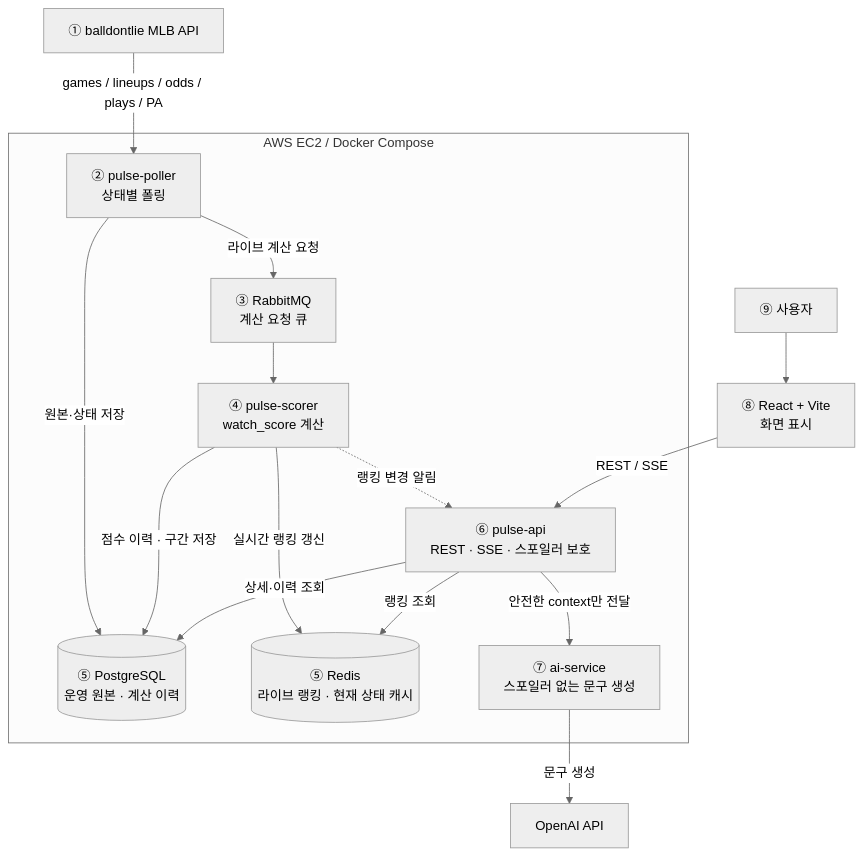
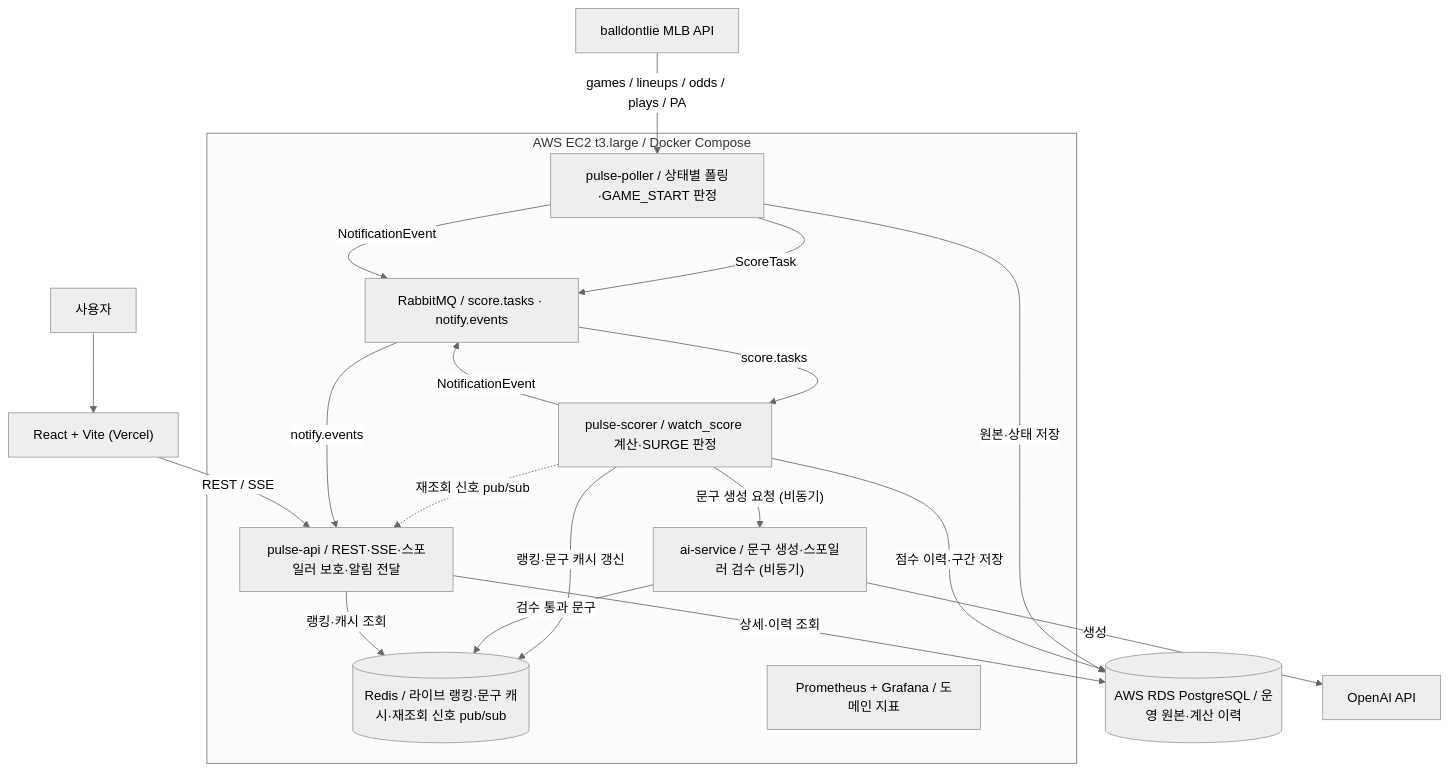
One commit to team-pulse-mlb/pulse-project changed the first of 5 diagrams in docs/ARCHITECTURE_AND_DATA_FLOW.md. Above: the diagram before and after it, drawn with Mermaid (neutral theme). The commit also changed other lines of this file and 11 other files, not shown here.

````diff
--- a/docs/ARCHITECTURE_AND_DATA_FLOW.md
+++ b/docs/ARCHITECTURE_AND_DATA_FLOW.md
@@ -15,32 +15,37 @@
 ```mermaid
 flowchart TB
-    U["⑨ 사용자"]
-    FE["⑧ React + Vite<br/>화면 표시"]
+    U["사용자"]
+    FE["React + Vite (Vercel)"]
 
-    subgraph EC2["AWS EC2 / Docker Compose"]
-        API["⑥ pulse-api<br/>REST · SSE · 스포일러 보호"]
-        POLLER["② pulse-poller<br/>상태별 폴링"]
-        MQ["③ RabbitMQ<br/>계산 요청 큐"]
-        SCORER["④ pulse-scorer<br/>watch_score 계산"]
-        PG[("⑤ PostgreSQL<br/>운영 원본 · 계산 이력")]
-        REDIS[("⑤ Redis<br/>라이브 랭킹 · 현재 상태 캐시")]
-        AI["⑦ ai-service<br/>스포일러 없는 문구 생성"]
+    subgraph EC2["AWS EC2 t3.large / Docker Compose"]
+        API["pulse-api / REST·SSE·스포일러 보호·알림 전달"]
+        POLLER["pulse-poller / 상태별 폴링·GAME_START 판정"]
+        MQ["RabbitMQ / score.tasks · notify.events"]
+        SCORER["pulse-scorer / watch_score 계산·SURGE 판정"]
+        REDIS[("Redis / 라이브 랭킹·문구 캐시·재조회 신호 pub/sub")]
+        AI["ai-service / 문구 생성·스포일러 검수 (비동기)"]
+        MON["Prometheus + Grafana / 도메인 지표"]
     end
 
-    BDL["① balldontlie MLB API"]
+    RDS[("AWS RDS PostgreSQL / 운영 원본·계산 이력")]
+    BDL["balldontlie MLB API"]
     OPENAI["OpenAI API"]
 
     BDL -->|"games / lineups / odds / plays / PA"| POLLER
-    POLLER -->|"원본·상태 저장"| PG
-    POLLER -->|"라이브 계산 요청"| MQ
-    MQ --> SCORER
-    SCORER -->|"점수 이력 · 구간 저장"| PG
-    SCORER -->|"실시간 랭킹 갱신"| REDIS
-    SCORER -.->|"랭킹 변경 알림"| API
-    API -->|"랭킹 조회"| REDIS
-    API -->|"상세·이력 조회"| PG
-    API -->|"안전한 context만 전달"| AI
-    AI -->|"문구 생성"| OPENAI
+    POLLER -->|"원본·상태 저장"| RDS
+    POLLER -->|"ScoreTask"| MQ
+    MQ -->|"score.tasks"| SCORER
+    SCORER -->|"점수 이력·구간 저장"| RDS
+    SCORER -->|"랭킹·문구 캐시 갱신"| REDIS
+    SCORER -.->|"재조회 신호 pub/sub"| API
+    POLLER -->|"NotificationEvent"| MQ
+    SCORER -->|"NotificationEvent"| MQ
+    MQ -->|"notify.events"| API
+    SCORER -->|"문구 생성 요청 (비동기)"| AI
+    AI -->|"생성"| OPENAI
+    AI -->|"검수 통과 문구"| REDIS
+    API -->|"랭킹·캐시 조회"| REDIS
+    API -->|"상세·이력 조회"| RDS
     U --> FE
     FE -->|"REST / SSE"| API
 ```
````
